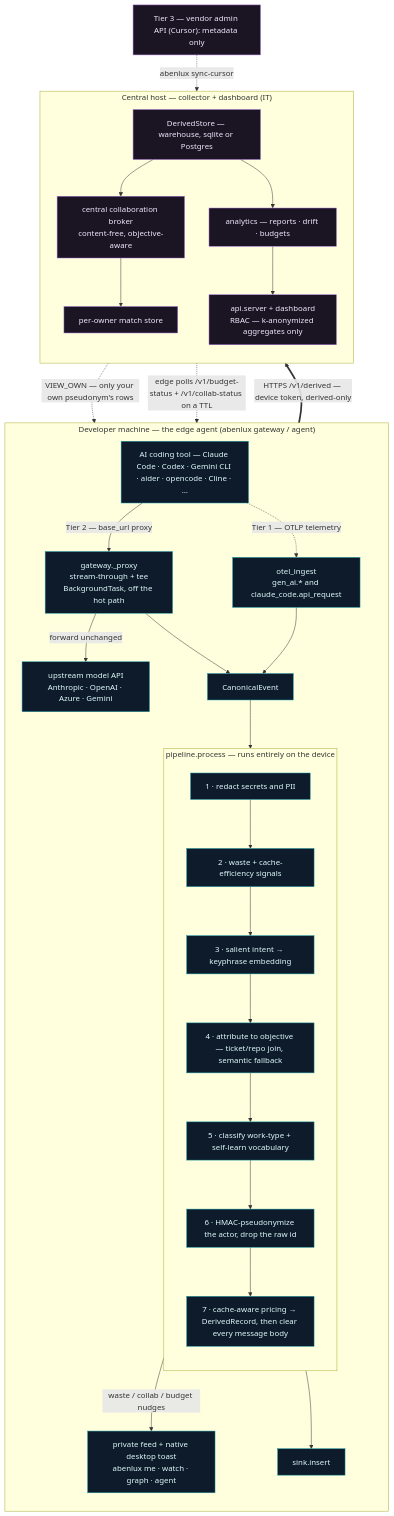
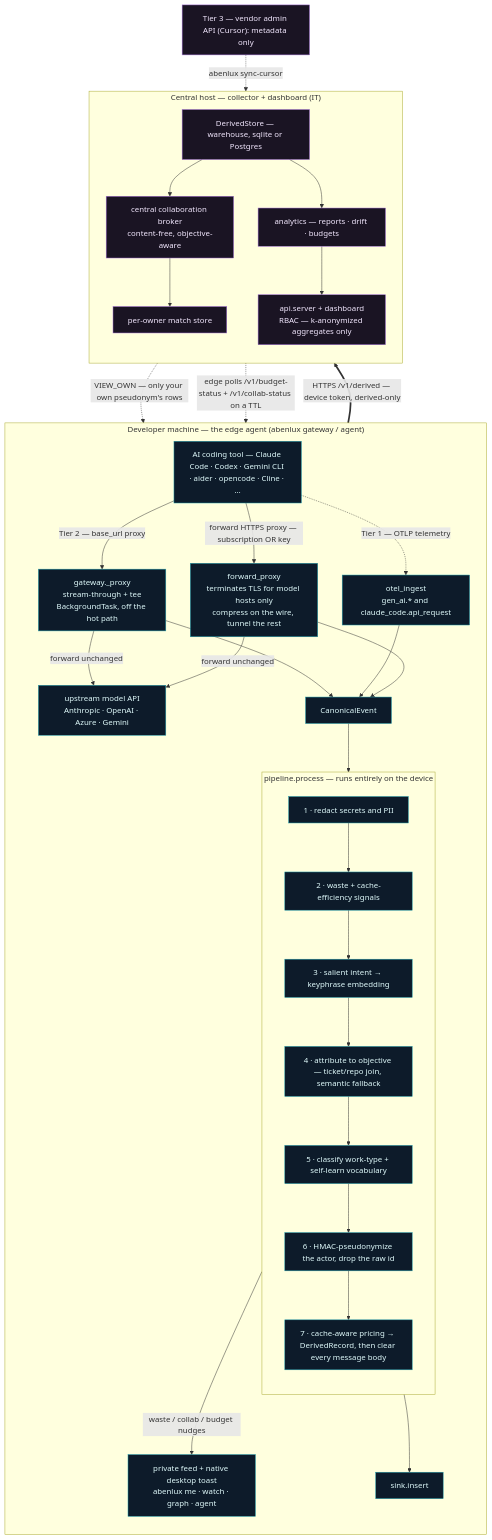
The diagram in ARCHITECTURE.md (sarkar4777/abenlux), drawn with Mermaid before and after one commit. The commit also changed other lines of this file and 1 other file, not shown here.

First line of the commit message:
docs: elevate the forward proxy in README and ARCHITECTURE

````diff
--- a/ARCHITECTURE.md
+++ b/ARCHITECTURE.md
@@ -14,46 +14,49 @@
 ```mermaid
 flowchart TB
   subgraph EDGE["Developer machine — the edge agent (abenlux gateway / agent)"]
     direction TB
     TOOL["AI coding tool — Claude Code · Codex · Gemini CLI · aider · opencode · Cline · …"]
     TOOL -->|"Tier 2 — base_url proxy"| PROXY["gateway._proxy<br/>stream-through + tee<br/>BackgroundTask, off the hot path"]
     TOOL -.->|"Tier 1 — OTLP telemetry"| OTEL["otel_ingest<br/>gen_ai.* and claude_code.api_request"]
+    TOOL -->|"forward HTTPS proxy — subscription OR key"| FWD["forward_proxy<br/>terminates TLS for model hosts only<br/>compress on the wire, tunnel the rest"]
     PROXY -->|"forward unchanged"| UP["upstream model API<br/>Anthropic · OpenAI · Azure · Gemini"]
+    FWD -->|"forward unchanged"| UP
     PROXY --> EVT["CanonicalEvent"]
     OTEL --> EVT
+    FWD --> EVT
 
     EVT --> PIPE
     subgraph PIPE["pipeline.process — runs entirely on the device"]
       direction TB
       P1["1 · redact secrets and PII"] --> P2["2 · waste + cache-efficiency signals"]
       P2 --> P3["3 · salient intent → keyphrase embedding"]
       P3 --> P4["4 · attribute to objective — ticket/repo join, semantic fallback"]
       P4 --> P5["5 · classify work-type + self-learn vocabulary"]
       P5 --> P6["6 · HMAC-pseudonymize the actor, drop the raw id"]
       P6 --> P7["7 · cache-aware pricing → DerivedRecord, then clear every message body"]
     end
 
     PIPE -->|"waste / collab / budget nudges"| FEED["private feed + native desktop toast<br/>abenlux me · watch · graph · agent"]
     PIPE --> SINK["sink.insert"]
   end
 
   SINK ==>|"HTTPS /v1/derived — device token, derived-only"| STORE
 
   subgraph HOST["Central host — collector + dashboard (IT)"]
     direction TB
     STORE["DerivedStore — warehouse, sqlite or Postgres"]
     STORE --> CENTRAL["central collaboration broker<br/>content-free, objective-aware"]
     STORE --> ANALYTICS["analytics — reports · drift · budgets"]
     CENTRAL --> MATCH["per-owner match store"]
     ANALYTICS --> API["api.server + dashboard<br/>RBAC — k-anonymized aggregates only"]
   end
 
   TIER3["Tier 3 — vendor admin API (Cursor): metadata only"] -.->|"abenlux sync-cursor"| STORE
   API -.->|"VIEW_OWN — only your own pseudonym's rows"| FEED
   HOST -.->|"edge polls /v1/budget-status + /v1/collab-status on a TTL"| FEED
 
   classDef edge fill:#0d1b2a,stroke:#1b9aaa,color:#e0fbfc;
   classDef host fill:#1a1423,stroke:#a06cd5,color:#f3e8ff;
-  class TOOL,PROXY,OTEL,EVT,P1,P2,P3,P4,P5,P6,P7,FEED,SINK,UP edge;
+  class TOOL,PROXY,OTEL,FWD,EVT,P1,P2,P3,P4,P5,P6,P7,FEED,SINK,UP edge;
   class STORE,CENTRAL,ANALYTICS,MATCH,API,TIER3 host;
 ```
````
